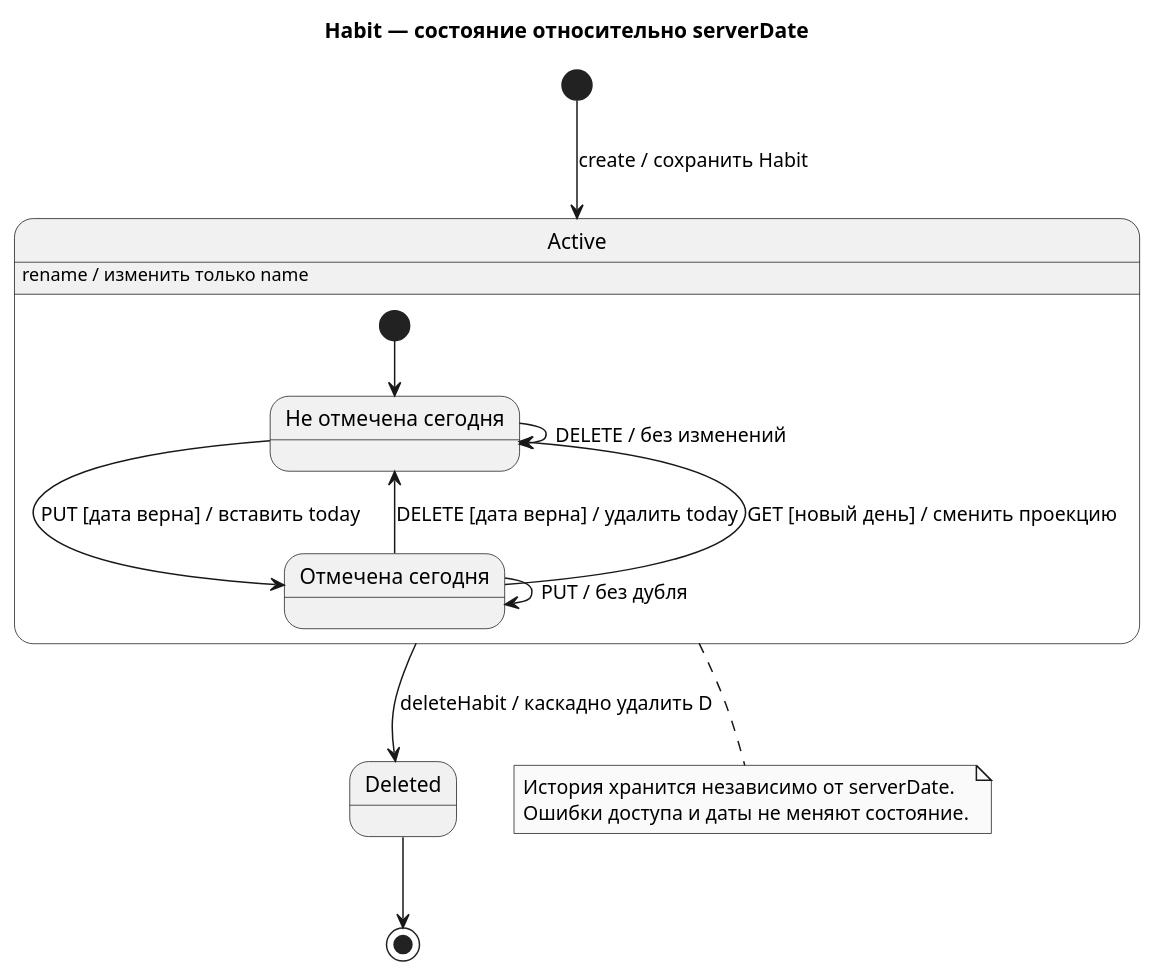
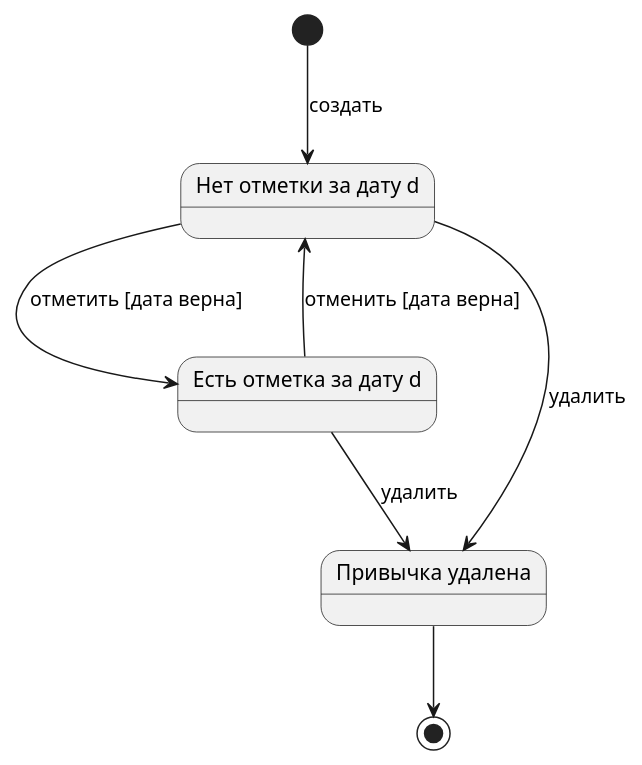
Before and after one commit to ysayonnar/SDLC: the diagram in uml/models/state-habit.puml, drawn with PlantUML. The commit also changed 29 other files, not shown here.

```diff
--- a/uml/models/state-habit.puml
+++ b/uml/models/state-habit.puml
@@ -1,25 +1,14 @@
 @startuml
 skinparam monochrome true
 skinparam shadowing false
 skinparam defaultFontName Arial
-skinparam BackgroundColor white
-title Habit — состояние относительно serverDate
-[*] --> Active : create / сохранить Habit
-state Active {
- [*] --> Unmarked
- state "Не отмечена сегодня" as Unmarked
- state "Отмечена сегодня" as Marked
- Unmarked --> Marked : PUT [дата верна] / вставить today
- Marked --> Unmarked : DELETE [дата верна] / удалить today
- Unmarked --> Unmarked : DELETE / без изменений
- Marked --> Marked : PUT / без дубля
- Marked --> Unmarked : GET [новый день] / сменить проекцию
-}
-Active : rename / изменить только name
-Active --> Deleted : deleteHabit / каскадно удалить D
+state "Нет отметки за дату d" as Empty
+state "Есть отметка за дату d" as Done
+state "Привычка удалена" as Deleted
+[*] --> Empty : создать
+Empty --> Done : отметить [дата верна]
+Done --> Empty : отменить [дата верна]
+Empty --> Deleted : удалить
+Done --> Deleted : удалить
 Deleted --> [*]
-note bottom of Active
-История хранится независимо от serverDate.
-Ошибки доступа и даты не меняют состояние.
-end note
 @enduml
```
